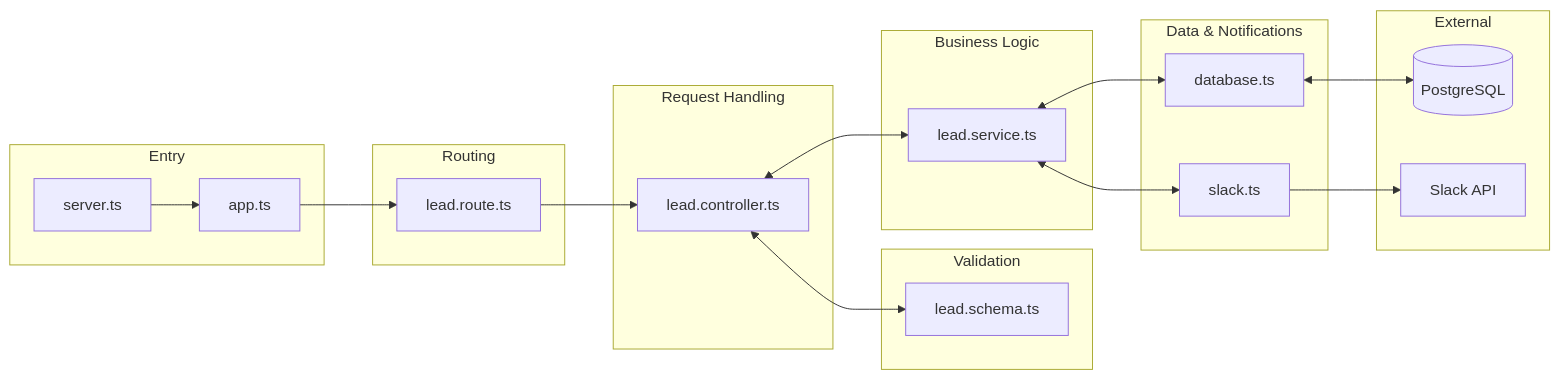
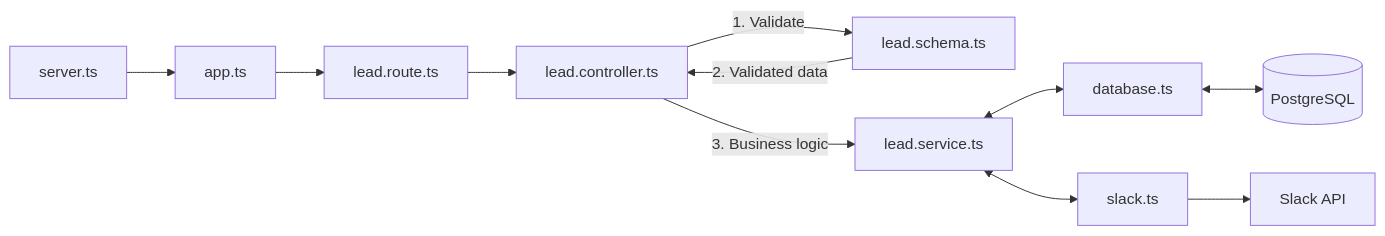
Before and after one commit to arjunthazhath2001/lead-tracker: the second of 2 diagrams in README.md, drawn with Mermaid.

Commit message:
readme diagram updated

````diff
--- a/README.md
+++ b/README.md
@@ -65,32 +65,13 @@
 ```mermaid
 flowchart LR
-    subgraph Entry
-        server.ts --> app.ts
-    end
-
-    subgraph Routing
-        app.ts --> lead.route.ts
-    end
-
-    subgraph Request["Request Handling"]
-        lead.route.ts --> lead.controller.ts
-    end
-
-    subgraph Validation
-        lead.controller.ts <--> lead.schema.ts
-    end
-
-    subgraph Business["Business Logic"]
-        lead.controller.ts <--> lead.service.ts
-    end
-
-    subgraph Data["Data & Notifications"]
-        lead.service.ts <--> database.ts
-        lead.service.ts <--> slack.ts
-    end
-
-    subgraph External
-        database.ts <--> PostgreSQL[(PostgreSQL)]
-        slack.ts --> SlackAPI[Slack API]
-    end
+    server.ts --> app.ts
+    app.ts --> lead.route.ts
+    lead.route.ts --> lead.controller.ts
+    lead.controller.ts -->|1. Validate| lead.schema.ts
+    lead.schema.ts -->|2. Validated data| lead.controller.ts
+    lead.controller.ts -->|3. Business logic| lead.service.ts
+    lead.service.ts <--> database.ts
+    lead.service.ts <--> slack.ts
+    database.ts <--> PostgreSQL[(PostgreSQL)]
+    slack.ts --> SlackAPI[Slack API]
 ```
````
